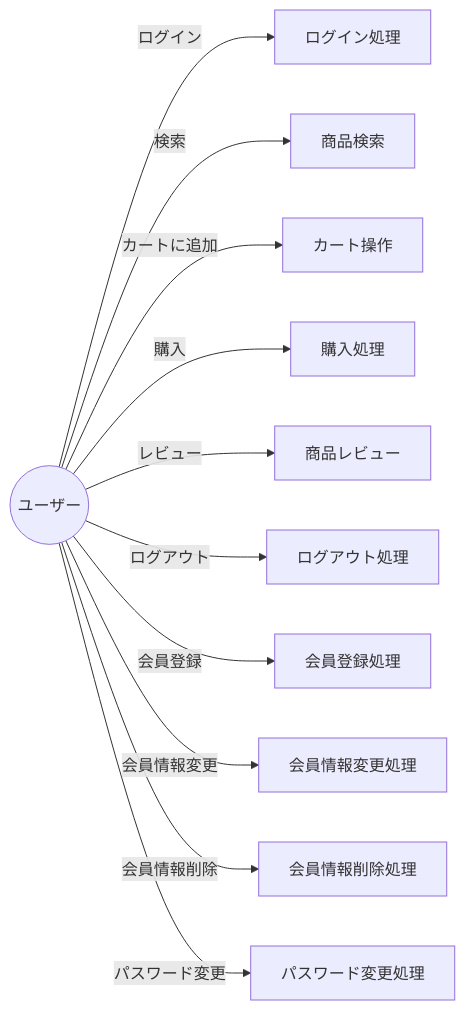
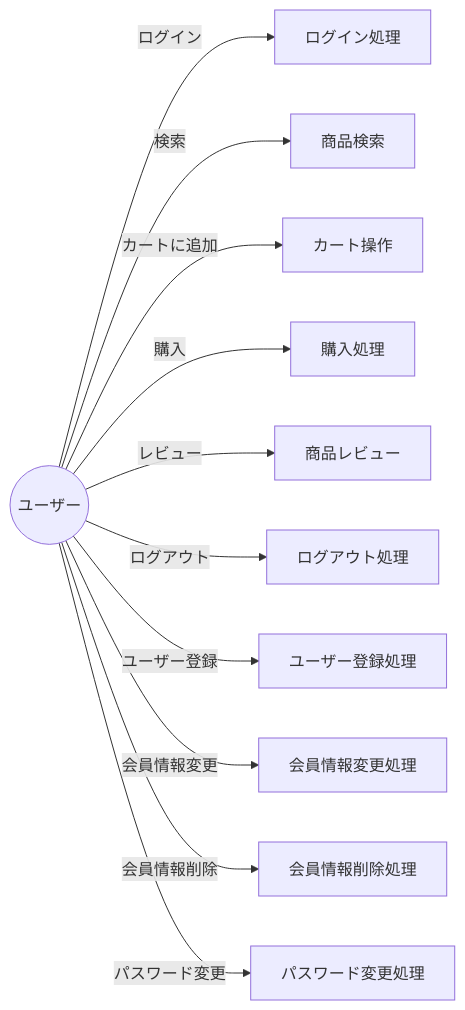
Before and after one commit to MasaruFukazawa/designdocs-sample.fukazawasoftwaredevelopment.com: the fourth of 8 diagrams in docs/design/source/mermaid-sample.rst, drawn with Mermaid. The commit also changed 16 other files, not shown here.

```diff
--- a/docs/design/source/mermaid-sample.rst
+++ b/docs/design/source/mermaid-sample.rst
@@ -62,13 +62,13 @@
 .. mermaid::
 
     graph LR
         ユーザー((ユーザー)) --> |ログイン| ログイン処理
         ユーザー --> |検索| 商品検索
         ユーザー --> |カートに追加| カート操作
         ユーザー --> |購入| 購入処理
         ユーザー --> |レビュー| 商品レビュー
         ユーザー --> |ログアウト| ログアウト処理
-        ユーザー --> |会員登録| 会員登録処理
+        ユーザー --> |ユーザー登録| ユーザー登録処理
         ユーザー --> |会員情報変更| 会員情報変更処理
         ユーザー --> |会員情報削除| 会員情報削除処理
         ユーザー --> |パスワード変更| パスワード変更処理
```
